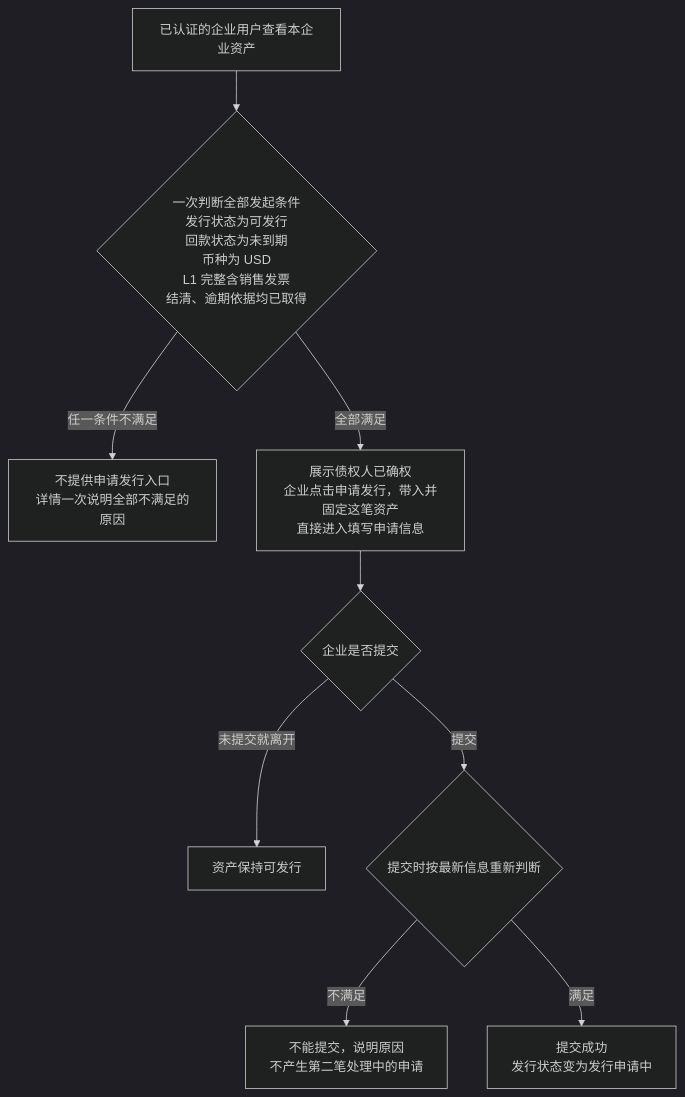
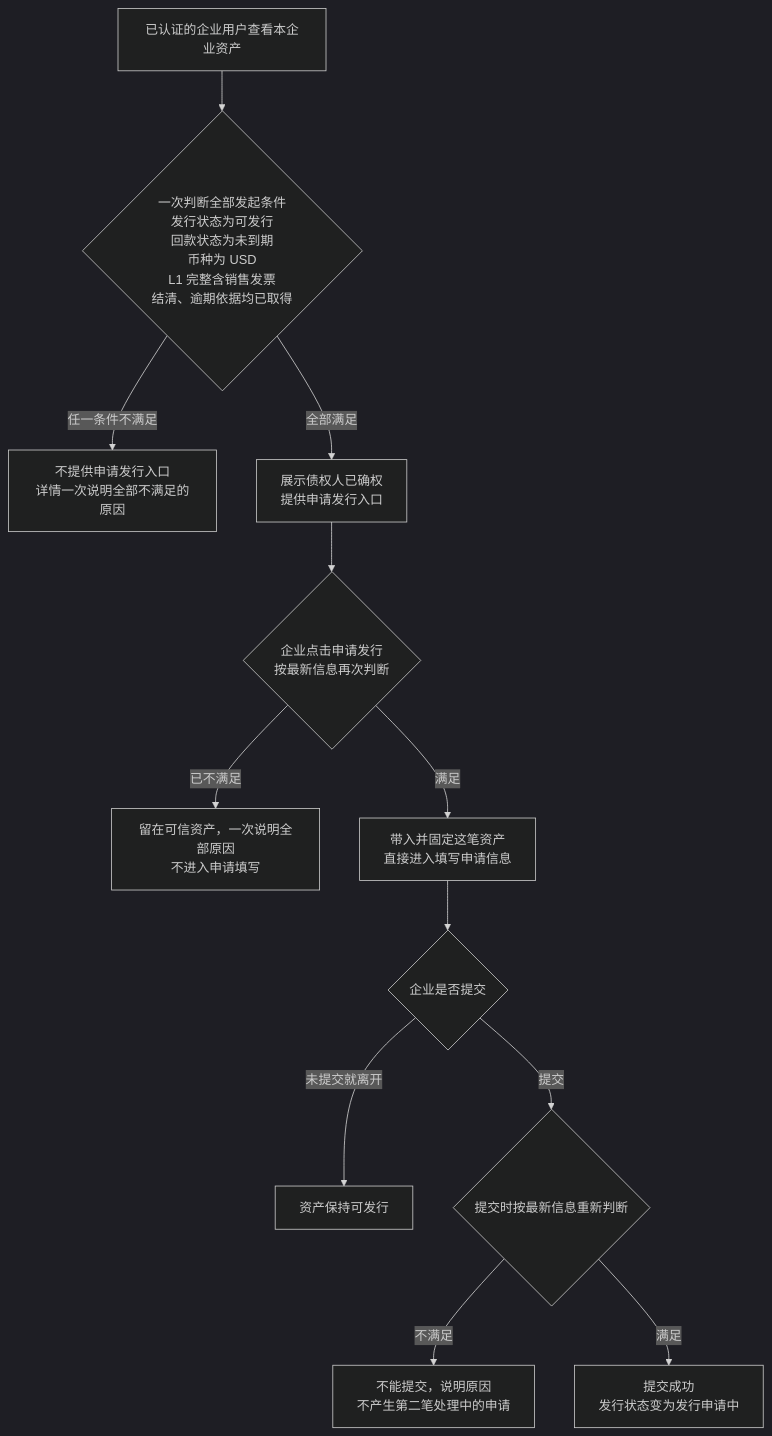
One commit to wxblockchain/Chain-Financing changed the fifth of 6 diagrams in token-issuance-platform/PRD/两端共用/M2-可信资产/02-可信资产-流程图与状态机.md. Above: the diagram before and after it, drawn with Mermaid (dark theme). The commit also changed other lines of this file and 2 other files, not shown here.

````diff
--- a/token-issuance-platform/PRD/两端共用/M2-可信资产/02-可信资产-流程图与状态机.md
+++ b/token-issuance-platform/PRD/两端共用/M2-可信资产/02-可信资产-流程图与状态机.md
@@ -88,11 +88,14 @@
 ```mermaid
 flowchart TD
     A[已认证的企业用户查看本企业资产] --> B{一次判断全部发起条件<br/>发行状态为可发行<br/>回款状态为未到期<br/>币种为 USD<br/>L1 完整含销售发票<br/>结清、逾期依据均已取得}
     B -->|任一条件不满足| X[不提供申请发行入口<br/>详情一次说明全部不满足的原因]
-    B -->|全部满足| F[展示债权人已确权<br/>企业点击申请发行，带入并固定这笔资产<br/>直接进入填写申请信息]
-    F --> G{企业是否提交}
+    B -->|全部满足| F[展示债权人已确权<br/>提供申请发行入口]
+    F --> F1{企业点击申请发行<br/>按最新信息再次判断}
+    F1 -->|已不满足| F2[留在可信资产，一次说明全部原因<br/>不进入申请填写]
+    F1 -->|满足| F3[带入并固定这笔资产<br/>直接进入填写申请信息]
+    F3 --> G{企业是否提交}
     G -->|未提交就离开| H[资产保持可发行]
     G -->|提交| I{提交时按最新信息重新判断}
     I -->|不满足| J[不能提交，说明原因<br/>不产生第二笔处理中的申请]
     I -->|满足| K[提交成功<br/>发行状态变为发行申请中]
 ```
````
